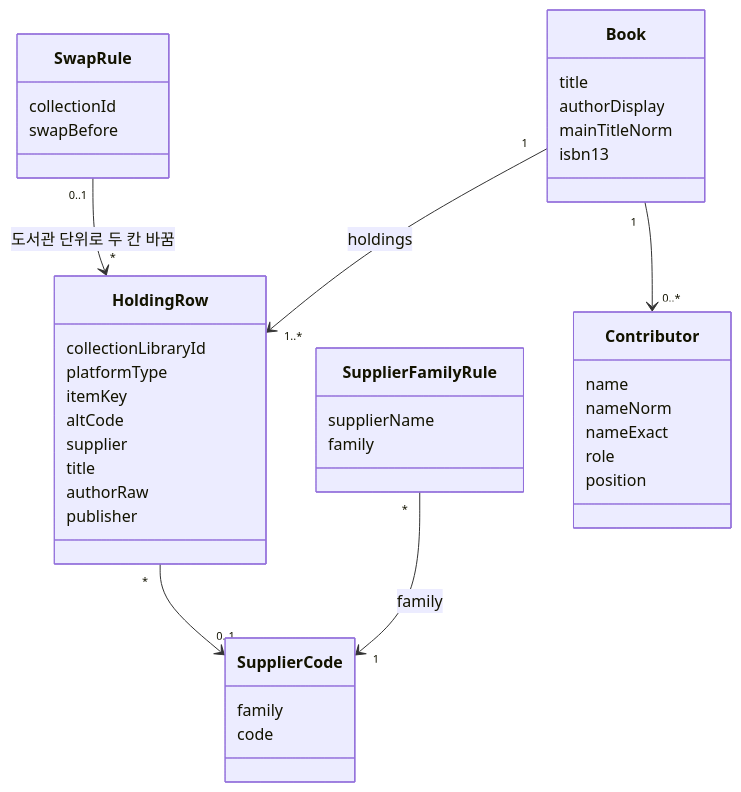
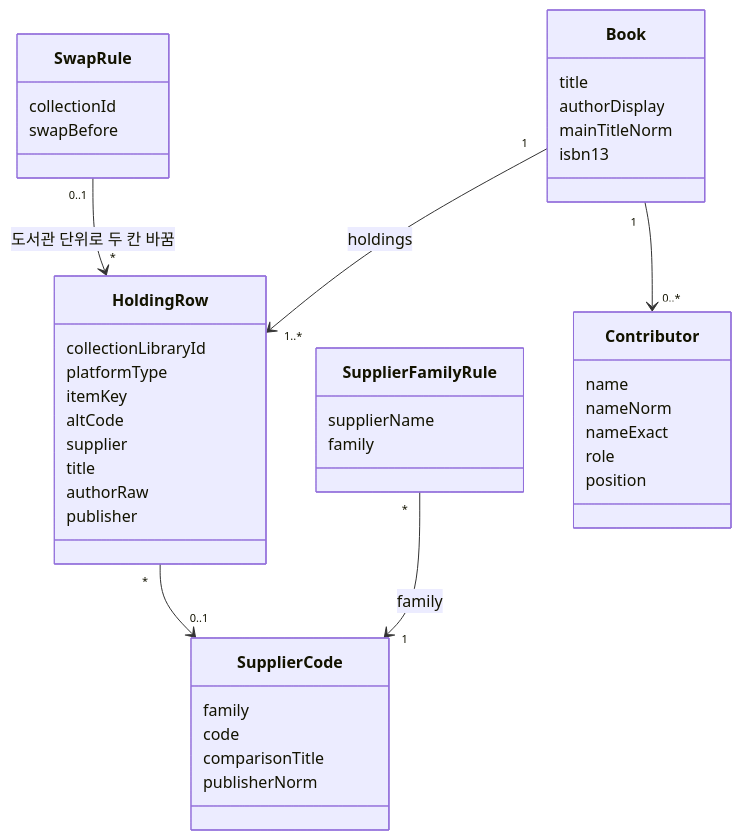
Diagram 20 of 23 in docs/current/module-map.md (hodu-sketch/chaekcheck-plan), drawn with Mermaid before and after one commit. The commit also changed other lines of this file and 11 other files, not shown here.

````diff
--- a/docs/current/module-map.md
+++ b/docs/current/module-map.md
@@ -1109,43 +1112,45 @@
 ```mermaid
 classDiagram
   class HoldingRow {
     collectionLibraryId
     platformType
     itemKey
     altCode
     supplier
     title
     authorRaw
     publisher
   }
   class SupplierCode {
     family
     code
+    comparisonTitle
+    publisherNorm
   }
   class SupplierFamilyRule {
     supplierName
     family
   }
   class SwapRule {
     collectionId
     swapBefore
   }
   class Book {
     title
     authorDisplay
     mainTitleNorm
     isbn13
   }
   class Contributor {
     name
     nameNorm
     nameExact
     role
     position
   }
   Book "1" --> "1..*" HoldingRow : holdings
   Book "1" --> "0..*" Contributor
   HoldingRow "*" --> "0..1" SupplierCode
   SupplierFamilyRule "*" --> "1" SupplierCode : family
   SwapRule "0..1" --> "*" HoldingRow : 도서관 단위로 두 칸 바꿈
 ```
````
